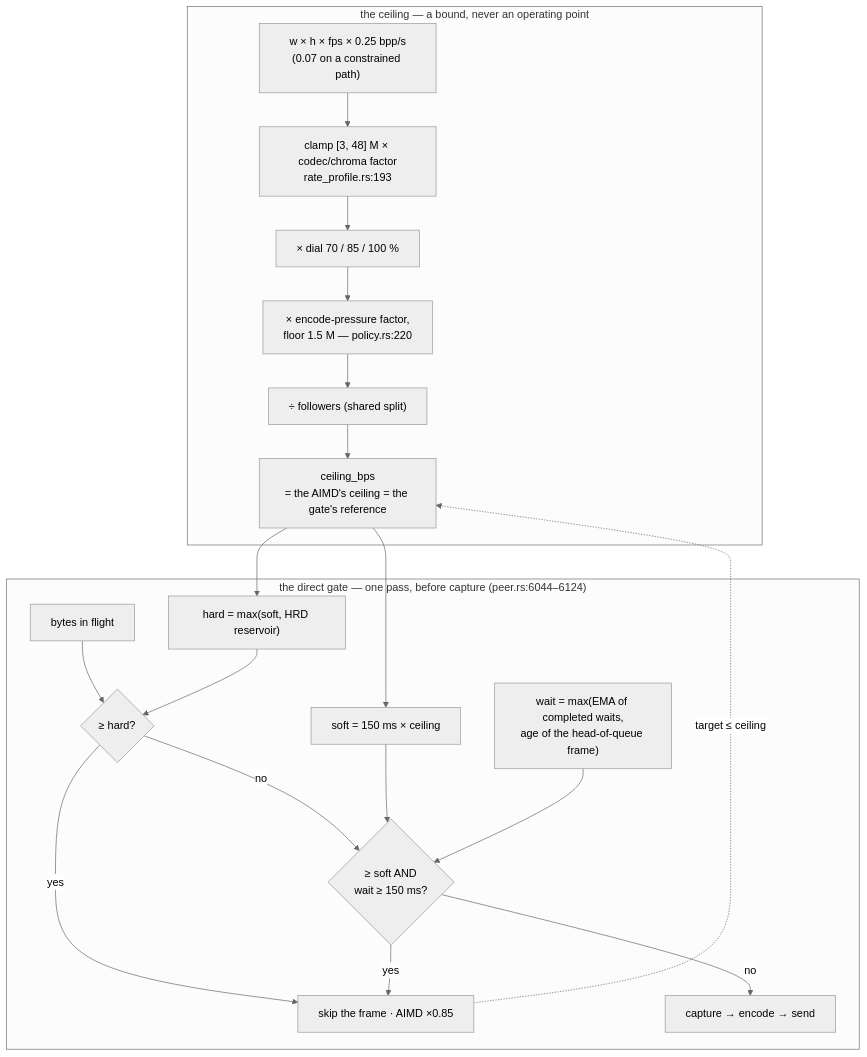
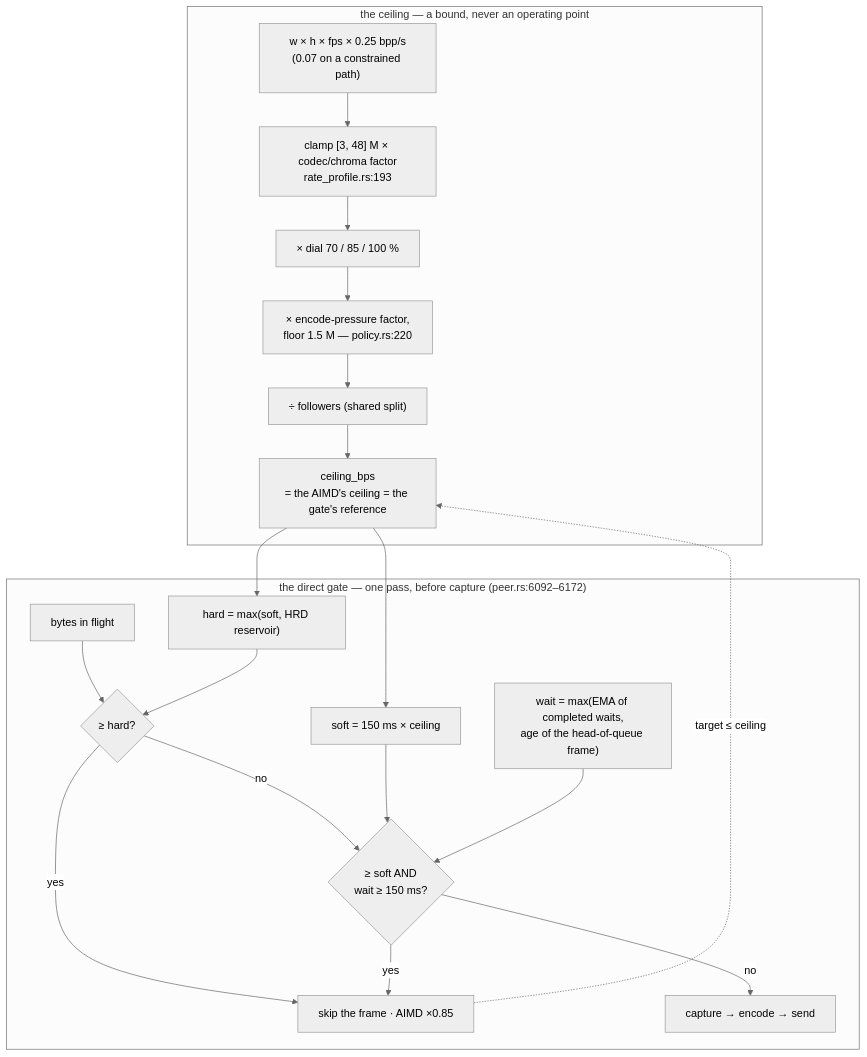
The third of 3 diagrams in docs/rate-control.md (gjovanov/roomler-ai), drawn with Mermaid (neutral theme) before and after one commit. The commit also changed other lines of this file and 24 other files, not shown here.

````diff
--- a/docs/rate-control.md
+++ b/docs/rate-control.md
@@ -340,24 +340,24 @@
 ```mermaid
 flowchart TB
     subgraph ceiling["the ceiling — a bound, never an operating point"]
         G["w × h × fps × 0.25 bpp/s<br/>(0.07 on a constrained path)"] --> C["clamp [3, 48] M × codec/chroma factor<br/>rate_profile.rs:193"]
         C --> D["× dial 70 / 85 / 100 %"]
         D --> E["× encode-pressure factor,<br/>floor 1.5 M — policy.rs:220"]
         E --> S["÷ followers (shared split)"]
         S --> CEIL["ceiling_bps<br/>= the AIMD's ceiling = the gate's reference"]
     end
-    subgraph gate["the direct gate — one pass, before capture (peer.rs:6044–6124)"]
+    subgraph gate["the direct gate — one pass, before capture (peer.rs:6092–6172)"]
         CEIL --> SOFT["soft = 150 ms × ceiling"]
         CEIL --> HARD["hard = max(soft, HRD reservoir)"]
         W["wait = max(EMA of completed waits,<br/>age of the head-of-queue frame)"]
         Q["bytes in flight"] --> H{"≥ hard?"}
         HARD --> H
         H -- yes --> TRIP["skip the frame · AIMD ×0.85"]
         H -- no --> SQ{"≥ soft AND<br/>wait ≥ 150 ms?"}
         SOFT --> SQ
         W --> SQ
         SQ -- yes --> TRIP
         SQ -- no --> PASS["capture → encode → send"]
     end
     TRIP -.->|"target ≤ ceiling"| CEIL
 ```
````
